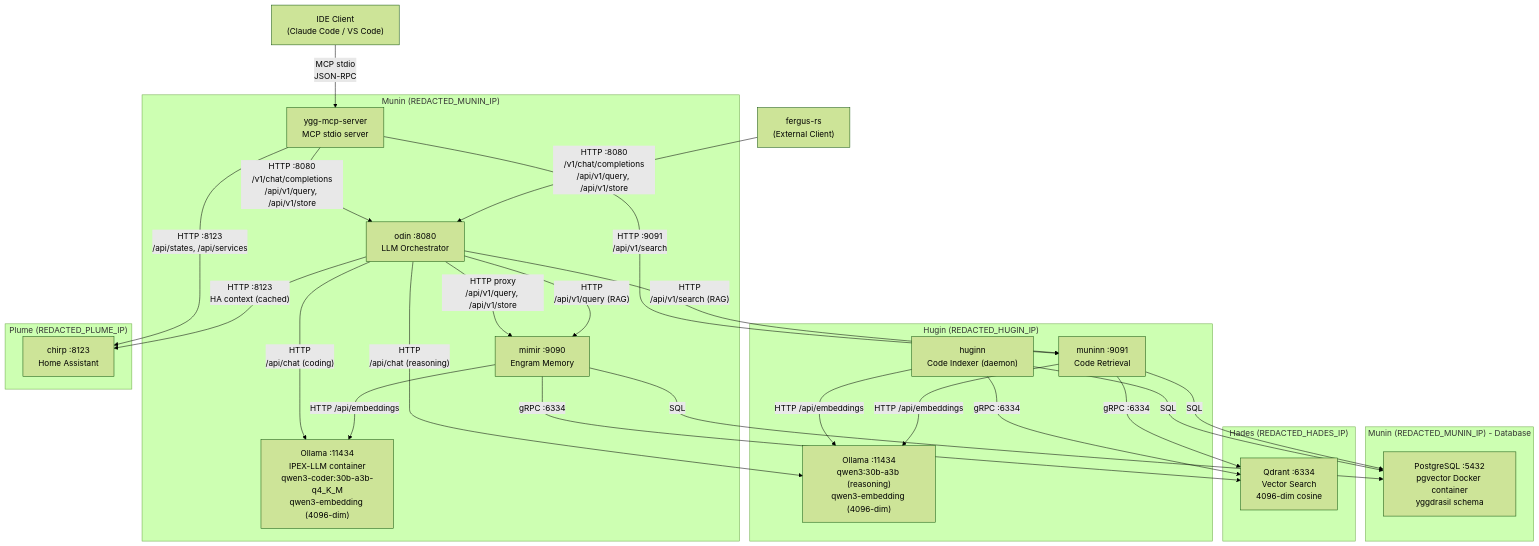
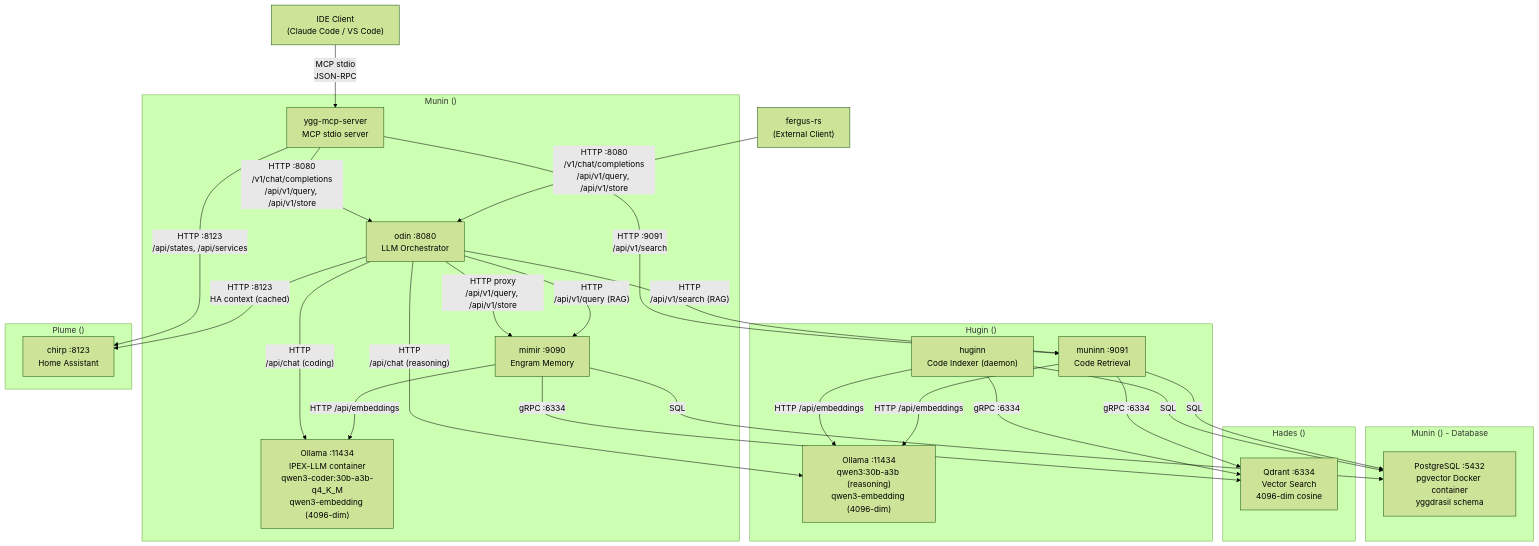
Before and after one commit to GrandpaSatan/yggdrasil: the first of 7 diagrams in yggdrasil/docs/ARCHITECTURE.md, drawn with Mermaid (forest theme). The commit also changed other lines of this file and 38 other files, not shown here.

````diff
--- a/yggdrasil/docs/ARCHITECTURE.md
+++ b/yggdrasil/docs/ARCHITECTURE.md
@@ -9,48 +9,48 @@
 ```mermaid
 graph TB
-    subgraph Munin["Munin (REDACTED_MUNIN_IP)"]
+    subgraph Munin["Munin (<munin-ip>)"]
         Odin["odin :8080<br/>LLM Orchestrator"]
         Mimir["mimir :9090<br/>Engram Memory"]
         McpServer["ygg-mcp-server<br/>MCP stdio server"]
         OllamaM["Ollama :11434<br/>IPEX-LLM container<br/>qwen3-coder:30b-a3b-q4_K_M<br/>qwen3-embedding (4096-dim)"]
     end
 
-    subgraph Hugin["Hugin (REDACTED_HUGIN_IP)"]
+    subgraph Hugin["Hugin (<hugin-ip>)"]
         Huginn["huginn<br/>Code Indexer (daemon)"]
         Muninn["muninn :9091<br/>Code Retrieval"]
         OllamaH["Ollama :11434<br/>qwen3:30b-a3b (reasoning)<br/>qwen3-embedding (4096-dim)"]
     end
 
-    subgraph MuninDB["Munin (REDACTED_MUNIN_IP) - Database"]
+    subgraph MuninDB["Munin (<munin-ip>) - Database"]
         PG["PostgreSQL :5432<br/>pgvector Docker container<br/>yggdrasil schema"]
     end
 
-    subgraph Hades["Hades (REDACTED_HADES_IP)"]
+    subgraph Hades["Hades (<hades-ip>)"]
         QD["Qdrant :6334<br/>Vector Search<br/>4096-dim cosine"]
     end
 
-    subgraph Plume["Plume (REDACTED_PLUME_IP)"]
+    subgraph Plume["Plume (<plume-ip>)"]
         HA["chirp :8123<br/>Home Assistant"]
     end
 
     IDE["IDE Client<br/>(Claude Code / VS Code)"] -->|"MCP stdio<br/>JSON-RPC"| McpServer
     McpServer -->|"HTTP :8080<br/>/v1/chat/completions<br/>/api/v1/query, /api/v1/store"| Odin
     McpServer -->|"HTTP :9091<br/>/api/v1/search"| Muninn
     McpServer -->|"HTTP :8123<br/>/api/states, /api/services"| HA
     Fergus["fergus-rs<br/>(External Client)"] -->|"HTTP :8080<br/>/v1/chat/completions<br/>/api/v1/query, /api/v1/store"| Odin
     Odin -->|"HTTP proxy<br/>/api/v1/query, /api/v1/store"| Mimir
     Odin -->|"HTTP<br/>/api/v1/search (RAG)"| Muninn
     Odin -->|"HTTP<br/>/api/chat (coding)"| OllamaM
     Odin -->|"HTTP<br/>/api/chat (reasoning)"| OllamaH
     Odin -->|"HTTP<br/>/api/v1/query (RAG)"| Mimir
     Odin -->|"HTTP :8123<br/>HA context (cached)"| HA
     Mimir -->|HTTP /api/embeddings| OllamaM
     Mimir -->|SQL| PG
     Mimir -->|gRPC :6334| QD
     Huginn -->|HTTP /api/embeddings| OllamaH
     Huginn -->|SQL| PG
     Huginn -->|gRPC :6334| QD
     Muninn -->|HTTP /api/embeddings| OllamaH
     Muninn -->|SQL| PG
     Muninn -->|gRPC :6334| QD
 ```
````
